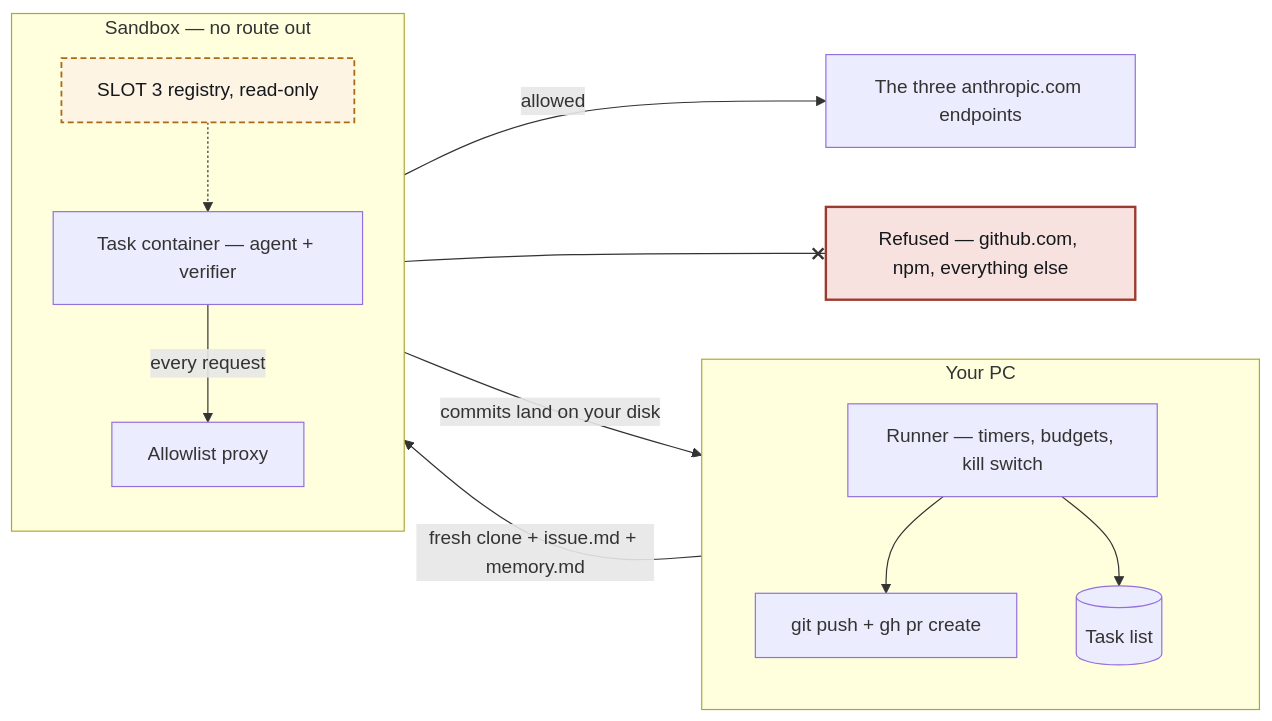
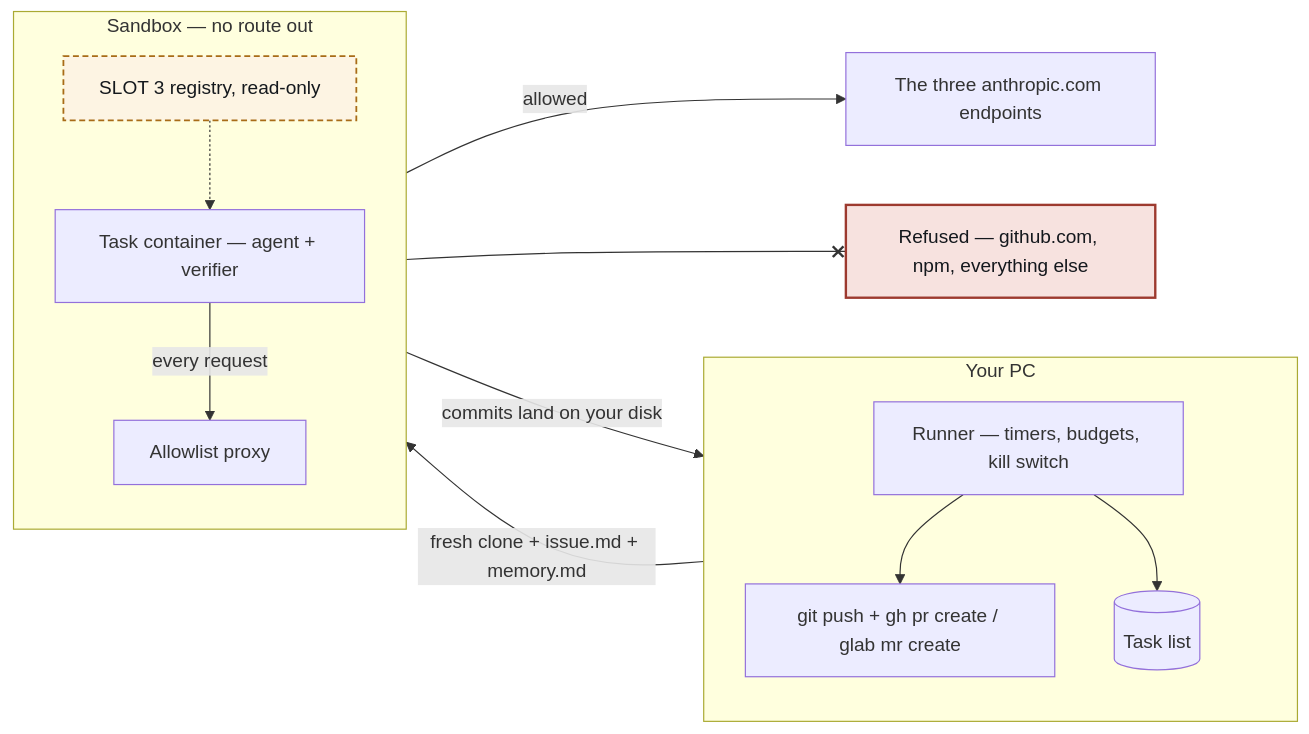
One commit to Chadleewalker/Multi-AgentPipelines changed the fifth of 5 diagrams in docs/pipeline-diagram.md. Above: the diagram before and after it, drawn with Mermaid. The commit also changed 10 other files, not shown here.

````diff
--- a/docs/pipeline-diagram.md
+++ b/docs/pipeline-diagram.md
@@ -217,28 +217,28 @@
 ```mermaid
 flowchart LR
   subgraph HOST["Your PC"]
     direction TB
     R["Runner — timers, budgets, kill switch"]
-    GH["git push + gh pr create"]
+    GH["git push + gh pr create / glab mr create"]
     BD[("Task list")]
   end
   subgraph NET["Sandbox — no route out"]
     direction TB
     T["Task container — agent + verifier"]
     PX["Allowlist proxy"]
     REG["SLOT 3 registry, read-only"]
   end
   R -->|"fresh clone + issue.md + memory.md"| T
   T -->|"commits land on your disk"| R
   T -->|"every request"| PX
   PX -->|"allowed"| AN["The three anthropic.com endpoints"]
   PX --x BL["Refused — github.com, npm, everything else"]
   REG -.-> T
   R --> GH
   R --> BD
 
   classDef specialist fill:#fdf4e3,stroke:#a86c17,stroke-width:1.5px,stroke-dasharray:5 3,color:#14181d
   classDef blocked fill:#f7e2df,stroke:#9d3a2f,stroke-width:2px,color:#14181d
   class REG specialist
   class BL blocked
 ```
````
